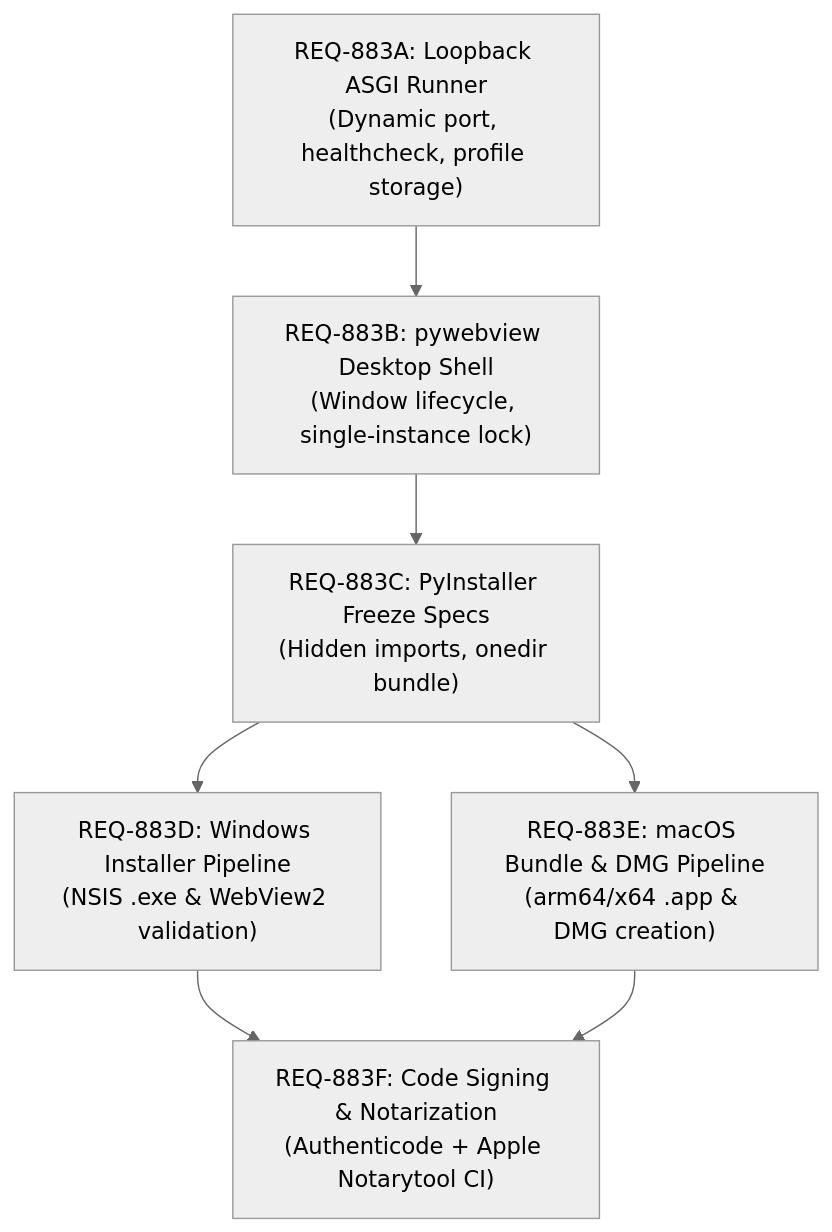
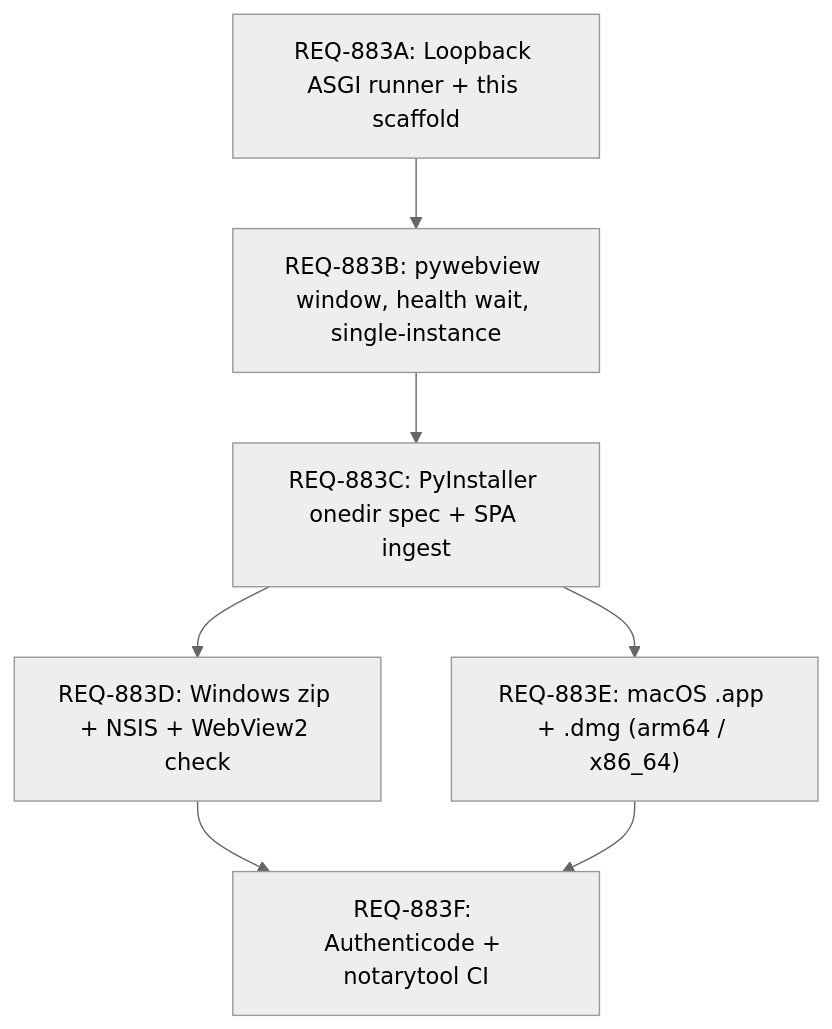
One commit to matthewhand/operating-swarm changed the diagram in docs/qa/REQ-883-desktop-app-packaging-windows-macos.md. Above: the diagram before and after it, drawn with Mermaid (neutral theme). The commit also changed other lines of this file and 13 other files, not shown here.

First line of the commit message:
feat(desktop): REQ-883 Windows/macOS packaging plan + swarm-desktop scaffold (#280)

````diff
--- a/docs/qa/REQ-883-desktop-app-packaging-windows-macos.md
+++ b/docs/qa/REQ-883-desktop-app-packaging-windows-macos.md
@@ -159,16 +183,13 @@
 ```mermaid
 flowchart TD
-    REQ883A["REQ-883A: Loopback ASGI Runner<br/>(Dynamic port, healthcheck, profile storage)"]
-    REQ883B["REQ-883B: pywebview Desktop Shell<br/>(Window lifecycle, single-instance lock)"]
-    REQ883C["REQ-883C: PyInstaller Freeze Specs<br/>(Hidden imports, onedir bundle)"]
-    REQ883D["REQ-883D: Windows Installer Pipeline<br/>(NSIS .exe & WebView2 validation)"]
-    REQ883E["REQ-883E: macOS Bundle & DMG Pipeline<br/>(arm64/x64 .app & DMG creation)"]
-    REQ883F["REQ-883F: Code Signing & Notarization<br/>(Authenticode + Apple Notarytool CI)"]
+    REQ883A["REQ-883A: Loopback ASGI runner + this scaffold"]
+    REQ883B["REQ-883B: pywebview window, health wait, single-instance"]
+    REQ883C["REQ-883C: PyInstaller onedir spec + SPA ingest"]
+    REQ883D["REQ-883D: Windows zip + NSIS + WebView2 check"]
+    REQ883E["REQ-883E: macOS .app + .dmg (arm64 / x86_64)"]
+    REQ883F["REQ-883F: Authenticode + notarytool CI"]
 
-    REQ883A --> REQ883B
-    REQ883B --> REQ883C
-    REQ883C --> REQ883D
-    REQ883C --> REQ883E
-    REQ883D --> REQ883F
-    REQ883E --> REQ883F
+    REQ883A --> REQ883B --> REQ883C
+    REQ883C --> REQ883D --> REQ883F
+    REQ883C --> REQ883E --> REQ883F
 ```
````
